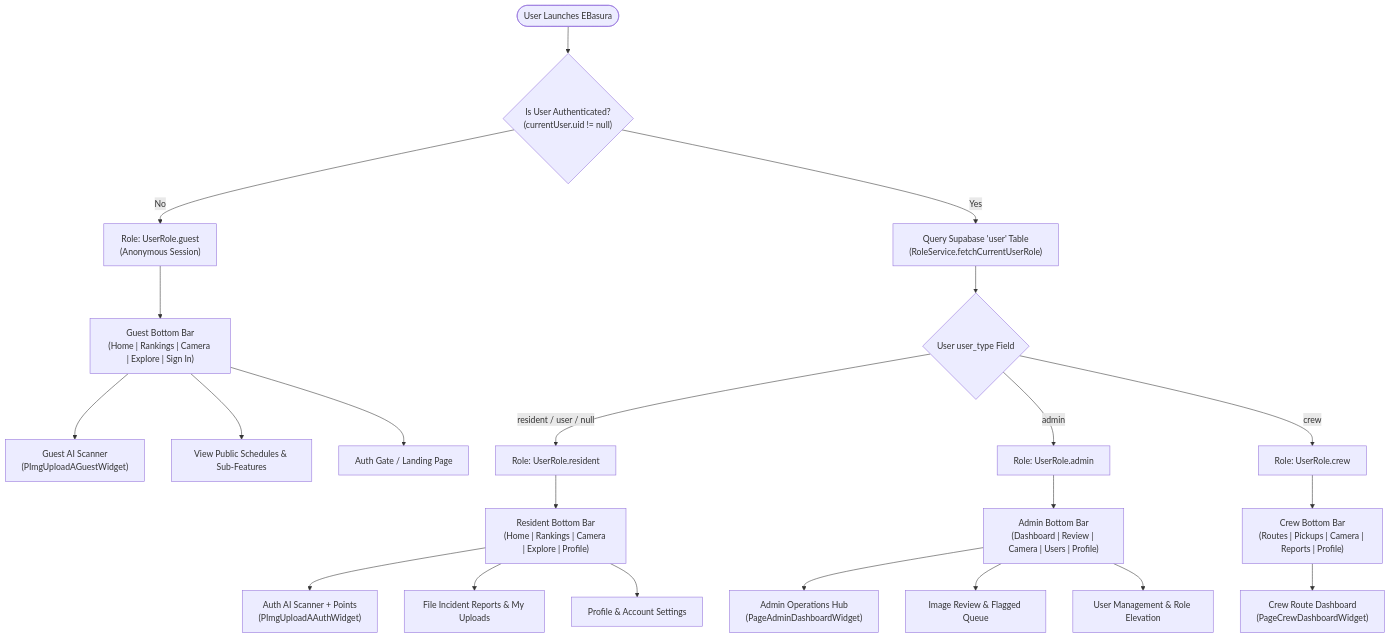
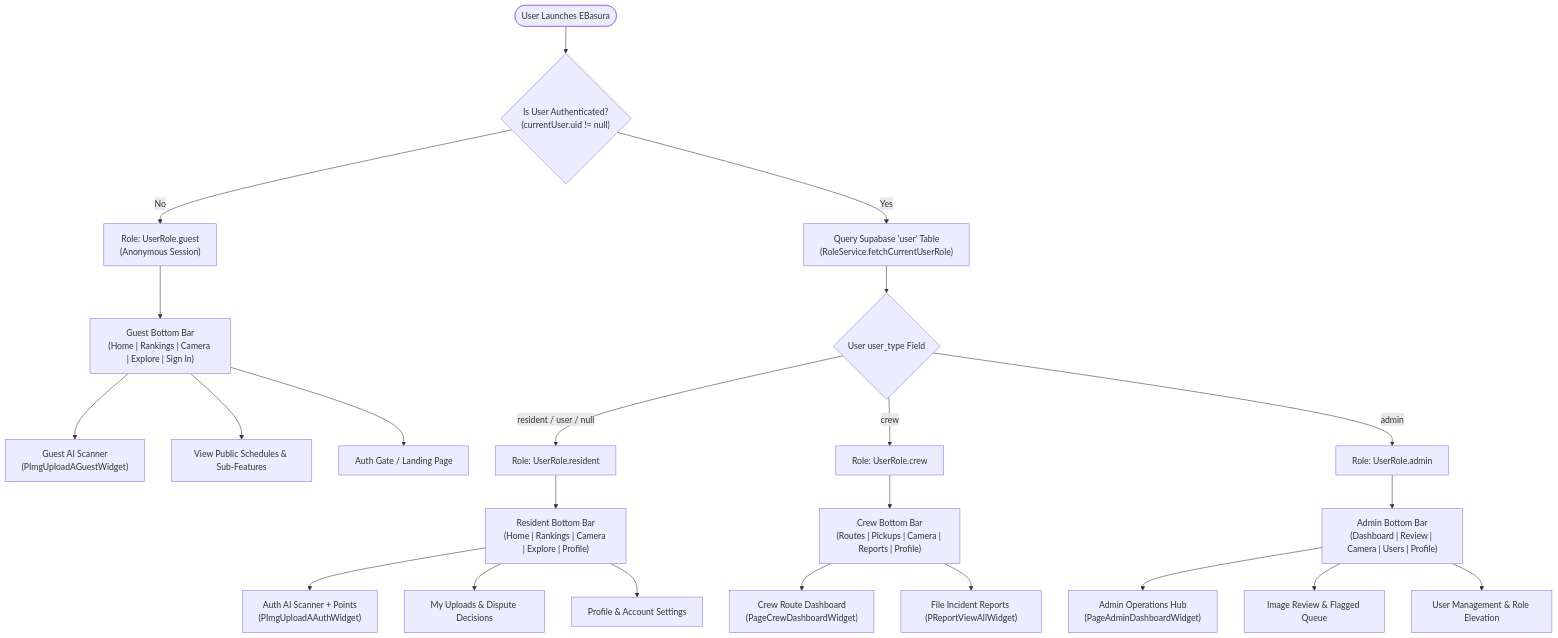
One commit to Oeubx/EBasura changed the diagram in docs/access_control/README.md. Above: the diagram before and after it, drawn with Mermaid. The commit also changed other lines of this file and 6 other files, not shown here.

First line of the commit message:
docs(nav): updated role access flows and added QA self-verification checklist [EBASURA-M10-F0]

````diff
--- a/docs/access_control/README.md
+++ b/docs/access_control/README.md
@@ -13,29 +13,30 @@
 ```mermaid
 flowchart TD
     Start(["User Launches EBasura"]) --> AuthCheck{"Is User Authenticated?<br/>(currentUser.uid != null)"}
     
     AuthCheck -- No --> GuestSession["Role: UserRole.guest<br/>(Anonymous Session)"]
     GuestSession --> GuestUI["Guest Bottom Bar<br/>(Home | Rankings | Camera | Explore | Sign In)"]
     GuestUI --> GuestScan["Guest AI Scanner<br/>(PImgUploadAGuestWidget)"]
     GuestUI --> PublicSchedule["View Public Schedules & Sub-Features"]
     GuestUI --> AuthPrompt["Auth Gate / Landing Page"]
 
     AuthCheck -- Yes --> RoleQuery["Query Supabase 'user' Table<br/>(RoleService.fetchCurrentUserRole)"]
     RoleQuery --> RoleBranch{"User user_type Field"}
 
     RoleBranch -- "resident / user / null" --> ResidentSession["Role: UserRole.resident"]
     ResidentSession --> ResidentUI["Resident Bottom Bar<br/>(Home | Rankings | Camera | Explore | Profile)"]
     ResidentUI --> ResidentScan["Auth AI Scanner + Points<br/>(PImgUploadAAuthWidget)"]
-    ResidentUI --> ResidentReports["File Incident Reports & My Uploads"]
+    ResidentUI --> ResidentReports["My Uploads & Dispute Decisions"]
     ResidentUI --> ResidentProfile["Profile & Account Settings"]
+
+    RoleBranch -- "crew" --> CrewSession["Role: UserRole.crew"]
+    CrewSession --> CrewUI["Crew Bottom Bar<br/>(Routes | Pickups | Camera | Reports | Profile)"]
+    CrewUI --> CrewDash["Crew Route Dashboard<br/>(PageCrewDashboardWidget)"]
+    CrewUI --> CrewReports["File Incident Reports (PReportViewAllWidget)"]
 
     RoleBranch -- "admin" --> AdminSession["Role: UserRole.admin"]
     AdminSession --> AdminUI["Admin Bottom Bar<br/>(Dashboard | Review | Camera | Users | Profile)"]
     AdminUI --> AdminDash["Admin Operations Hub<br/>(PageAdminDashboardWidget)"]
     AdminUI --> ModerationQueue["Image Review & Flagged Queue"]
     AdminUI --> UserManage["User Management & Role Elevation"]
-
-    RoleBranch -- "crew" --> CrewSession["Role: UserRole.crew"]
-    CrewSession --> CrewUI["Crew Bottom Bar<br/>(Routes | Pickups | Camera | Reports | Profile)"]
-    CrewUI --> CrewDash["Crew Route Dashboard<br/>(PageCrewDashboardWidget)"]
 ```
````
